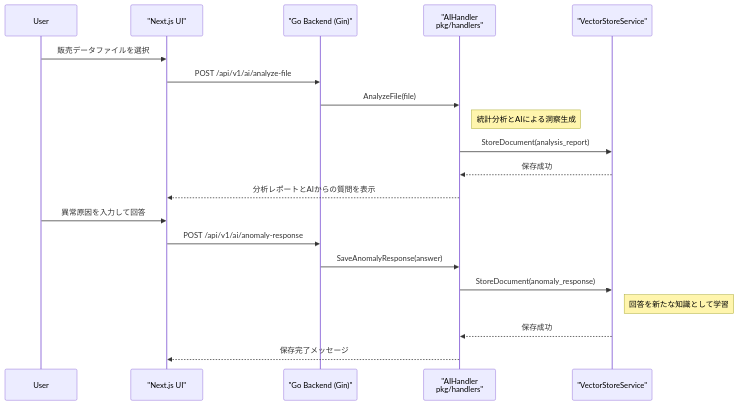
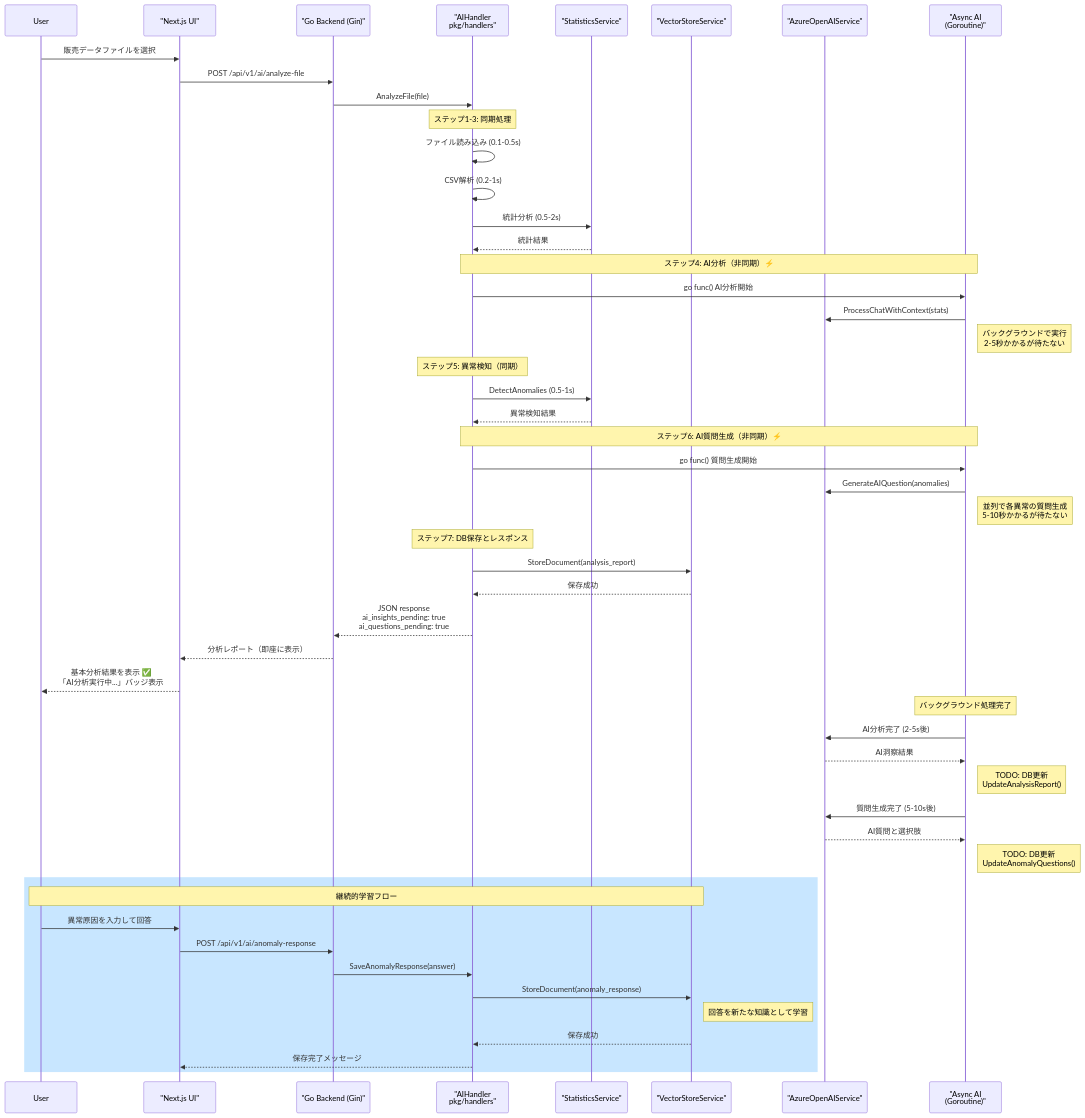
One commit to KairiGit/hunt-chat-api changed the third of 4 diagrams in UML.md. Above: the diagram before and after it, drawn with Mermaid. The commit also changed other lines of this file and 14 other files, not shown here.

````diff
--- a/UML.md
+++ b/UML.md
@@ -86,24 +86,62 @@
 ```mermaid
 sequenceDiagram
     participant User
     participant UI as "Next.js UI"
     participant Gin as "Go Backend (Gin)"
     participant AIHandler as "AIHandler<br/>pkg/handlers"
+    participant StatService as "StatisticsService"
     participant VectorStore as "VectorStoreService"
+    participant Azure as "AzureOpenAIService"
+    participant AsyncAI as "Async AI<br/>(Goroutine)"
 
     User->>UI: 販売データファイルを選択
     UI->>Gin: POST /api/v1/ai/analyze-file
     Gin->>AIHandler: AnalyzeFile(file)
-    note right of AIHandler: 統計分析とAIによる洞察生成
+    
+    note over AIHandler: ステップ1-3: 同期処理
+    AIHandler->>AIHandler: ファイル読み込み (0.1-0.5s)
+    AIHandler->>AIHandler: CSV解析 (0.2-1s)
+    AIHandler->>StatService: 統計分析 (0.5-2s)
+    StatService-->>AIHandler: 統計結果
+    
+    note over AIHandler,AsyncAI: ステップ4: AI分析（非同期）⚡
+    AIHandler->>AsyncAI: go func() AI分析開始
+    AsyncAI->>Azure: ProcessChatWithContext(stats)
+    note right of AsyncAI: バックグラウンドで実行<br/>2-5秒かかるが待たない
+    
+    note over AIHandler: ステップ5: 異常検知（同期）
+    AIHandler->>StatService: DetectAnomalies (0.5-1s)
+    StatService-->>AIHandler: 異常検知結果
+    
+    note over AIHandler,AsyncAI: ステップ6: AI質問生成（非同期）⚡
+    AIHandler->>AsyncAI: go func() 質問生成開始
+    AsyncAI->>Azure: GenerateAIQuestion(anomalies)
+    note right of AsyncAI: 並列で各異常の質問生成<br/>5-10秒かかるが待たない
+    
+    note over AIHandler: ステップ7: DB保存とレスポンス
     AIHandler->>VectorStore: StoreDocument(analysis_report)
     VectorStore-->>AIHandler: 保存成功
-    AIHandler-->>UI: 分析レポートとAIからの質問を表示
+    AIHandler-->>Gin: JSON response<br/>ai_insights_pending: true<br/>ai_questions_pending: true
+    Gin-->>UI: 分析レポート（即座に表示）
+    UI-->>User: 基本分析結果を表示 ✅<br/>「AI分析実行中...」バッジ表示
+    
+    note over AsyncAI: バックグラウンド処理完了
+    AsyncAI->>Azure: AI分析完了 (2-5s後)
+    Azure-->>AsyncAI: AI洞察結果
+    note right of AsyncAI: TODO: DB更新<br/>UpdateAnalysisReport()
+    
+    AsyncAI->>Azure: 質問生成完了 (5-10s後)
+    Azure-->>AsyncAI: AI質問と選択肢
+    note right of AsyncAI: TODO: DB更新<br/>UpdateAnomalyQuestions()
 
-    User->>UI: 異常原因を入力して回答
-    UI->>Gin: POST /api/v1/ai/anomaly-response
-    Gin->>AIHandler: SaveAnomalyResponse(answer)
-    AIHandler->>VectorStore: StoreDocument(anomaly_response)
-    note right of VectorStore: 回答を新たな知識として学習
-    VectorStore-->>AIHandler: 保存成功
-    AIHandler-->>UI: 保存完了メッセージ
+    rect rgb(200, 230, 255)
+        note over User,VectorStore: 継続的学習フロー
+        User->>UI: 異常原因を入力して回答
+        UI->>Gin: POST /api/v1/ai/anomaly-response
+        Gin->>AIHandler: SaveAnomalyResponse(answer)
+        AIHandler->>VectorStore: StoreDocument(anomaly_response)
+        note right of VectorStore: 回答を新たな知識として学習
+        VectorStore-->>AIHandler: 保存成功
+        AIHandler-->>UI: 保存完了メッセージ
+    end
 ```
````
